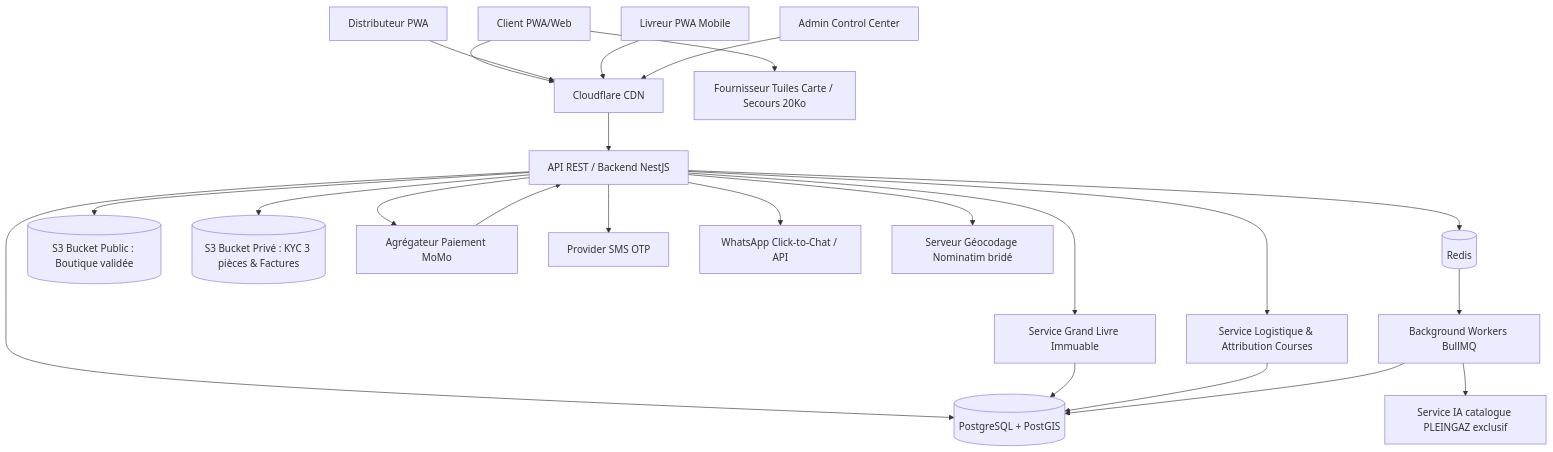
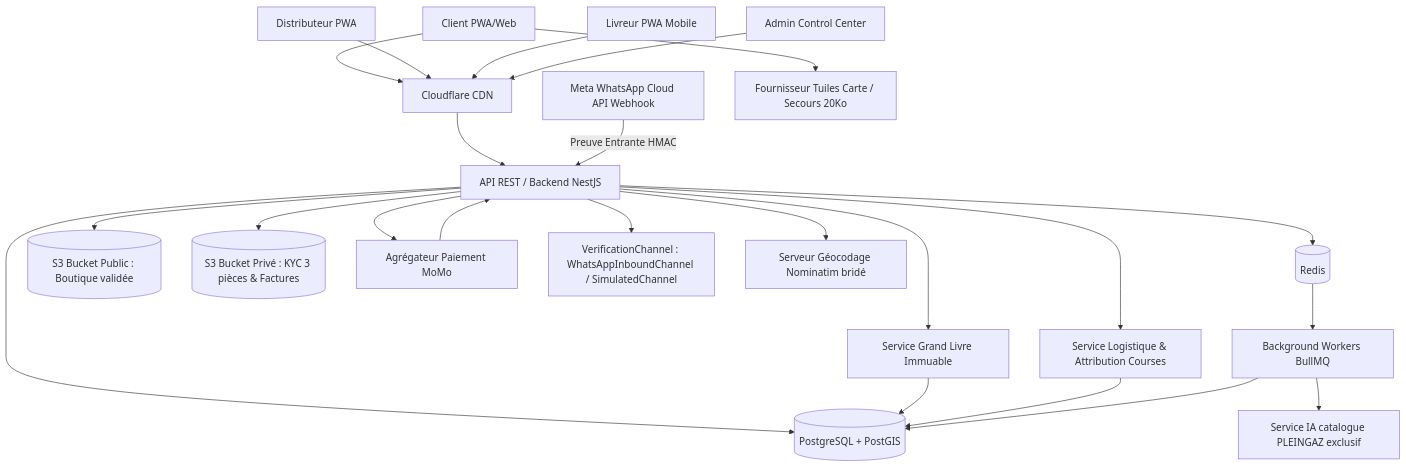
One commit to durelpro/pleingaz changed the first of 8 diagrams in docs/04-architecture-technique.md. Above: the diagram before and after it, drawn with Mermaid. The commit also changed other lines of this file and 7 other files, not shown here.

````diff
--- a/docs/04-architecture-technique.md
+++ b/docs/04-architecture-technique.md
@@ -4,38 +4,38 @@
 ```mermaid
 graph TD
     %% Clients
     ClientApp[Client PWA/Web] --> CDN[Cloudflare CDN]
     DistApp[Distributeur PWA] --> CDN
     CourierApp[Livreur PWA Mobile] --> CDN
     AdminApp[Admin Control Center] --> CDN
 
     %% Façade
     CDN --> API[API REST / Backend NestJS]
     
     %% Base et Caches
     API --> PG[(PostgreSQL + PostGIS)]
     API --> Redis[(Redis)]
     
     %% Stockage Fichiers
     API --> S3_Public[(S3 Bucket Public : Boutique validée)]
     API --> S3_Private[(S3 Bucket Privé : KYC 3 pièces & Factures)]
     
     %% Services Métier Internes
     API --> LedgerSvc[Service Grand Livre Immuable]
     API --> DispatchSvc[Service Logistique & Attribution Courses]
     LedgerSvc --> PG
     DispatchSvc --> PG
     
     %% Workers & Files d'attente
     Redis --> Worker[Background Workers BullMQ]
     Worker --> PG
     
     %% Services Tiers
     API --> PayGateway[Agrégateur Paiement MoMo]
     PayGateway --> API
-    API --> SMS[Provider SMS OTP]
-    API --> WhatsApp[WhatsApp Click-to-Chat / API]
+    API --> VerifChannel[VerificationChannel : WhatsAppInboundChannel / SimulatedChannel]
+    WhatsAppMeta[Meta WhatsApp Cloud API Webhook] -->|Preuve Entrante HMAC| API
     API --> Nominatim[Serveur Géocodage Nominatim bridé]
     ClientApp --> Tiles[Fournisseur Tuiles Carte / Secours 20Ko]
     Worker --> LLM[Service IA catalogue PLEINGAZ exclusif]
 ```
````
